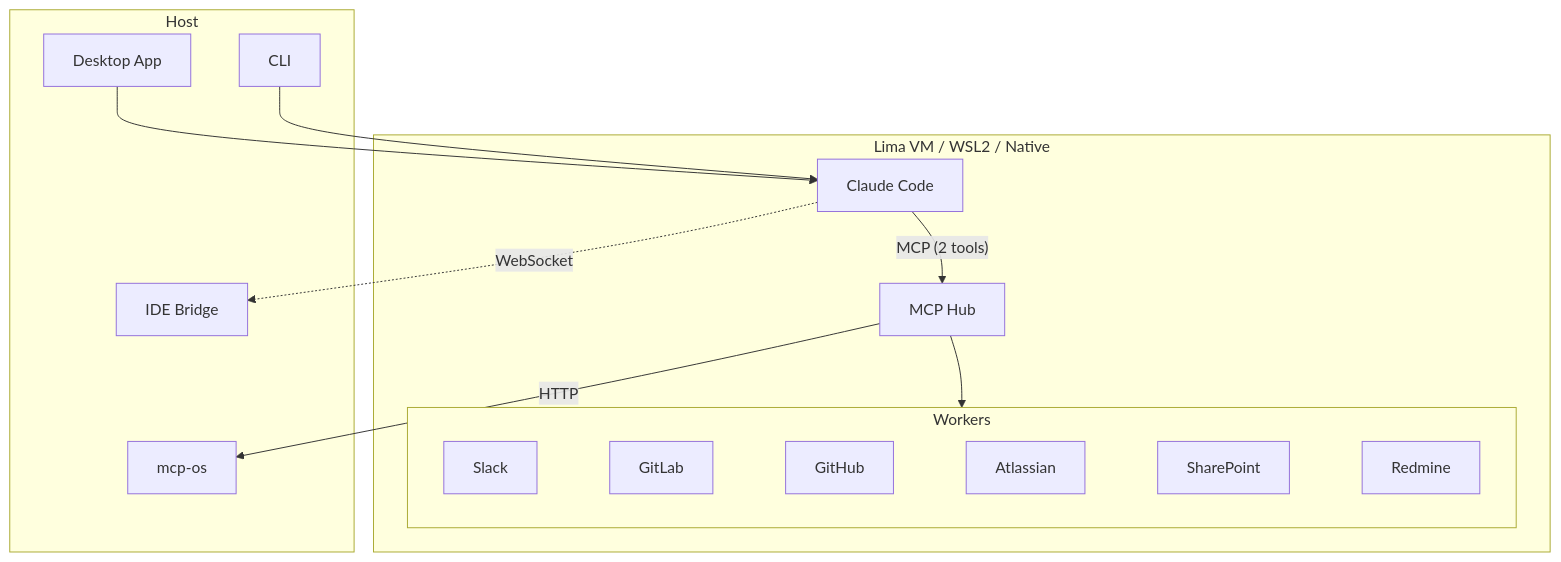
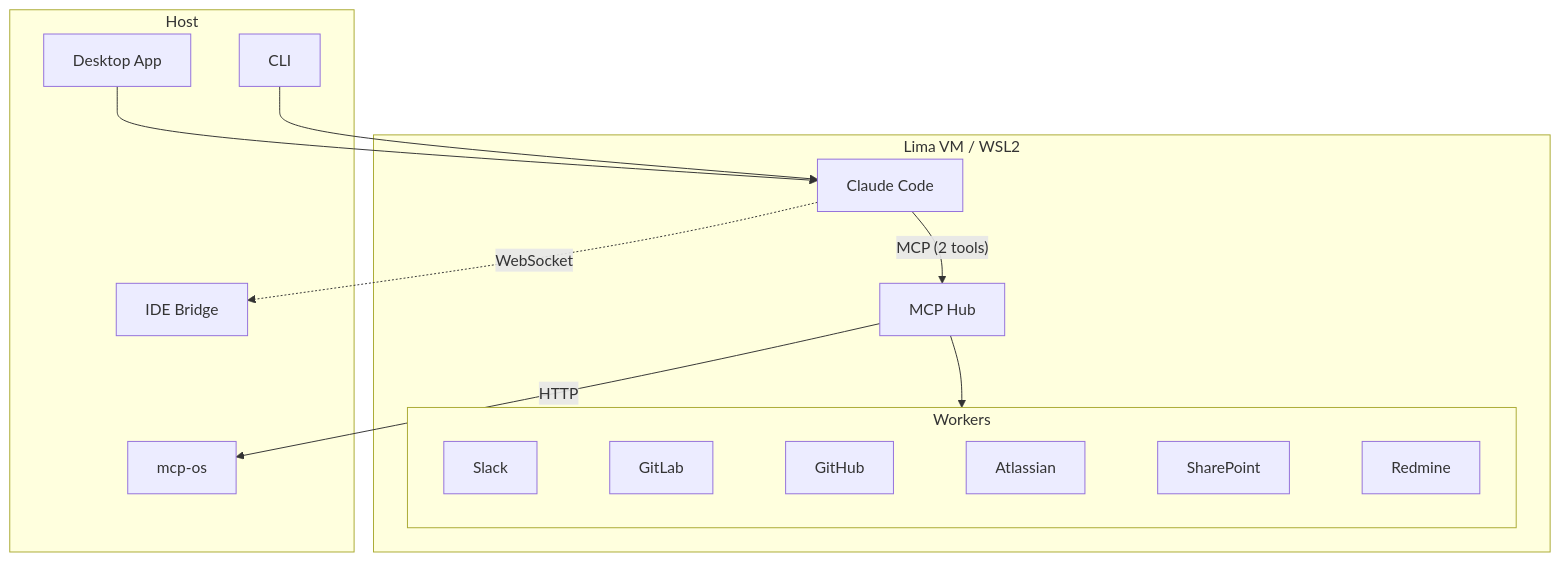
One commit to speednet-software/speedwave changed the diagram in README.md. Above: the diagram before and after it, drawn with Mermaid. The commit also changed other lines of this file and 113 other files, not shown here.

````diff
--- a/README.md
+++ b/README.md
@@ -51,23 +51,23 @@
 ```mermaid
 graph TB
     subgraph Host[" Host "]
         APP[Desktop App] & CLI[CLI]
         IDE[IDE Bridge]
         MCP_OS[mcp-os]
     end
 
-    subgraph VM[" Lima VM / WSL2 / Native "]
+    subgraph VM[" Lima VM / WSL2 "]
         CLAUDE[Claude Code]
         HUB[MCP Hub]
         subgraph Workers[" Workers "]
             direction LR
             SLACK[Slack] ~~~ GITLAB[GitLab] ~~~ GITHUB[GitHub] ~~~ ATLASSIAN[Atlassian] ~~~ SP[SharePoint] ~~~ REDMINE[Redmine]
         end
     end
 
     APP & CLI --> CLAUDE
     CLAUDE -- "MCP (2 tools)" --> HUB
     CLAUDE -. "WebSocket" .-> IDE
     HUB --> Workers
     HUB -- "HTTP" --> MCP_OS
 ```
````
